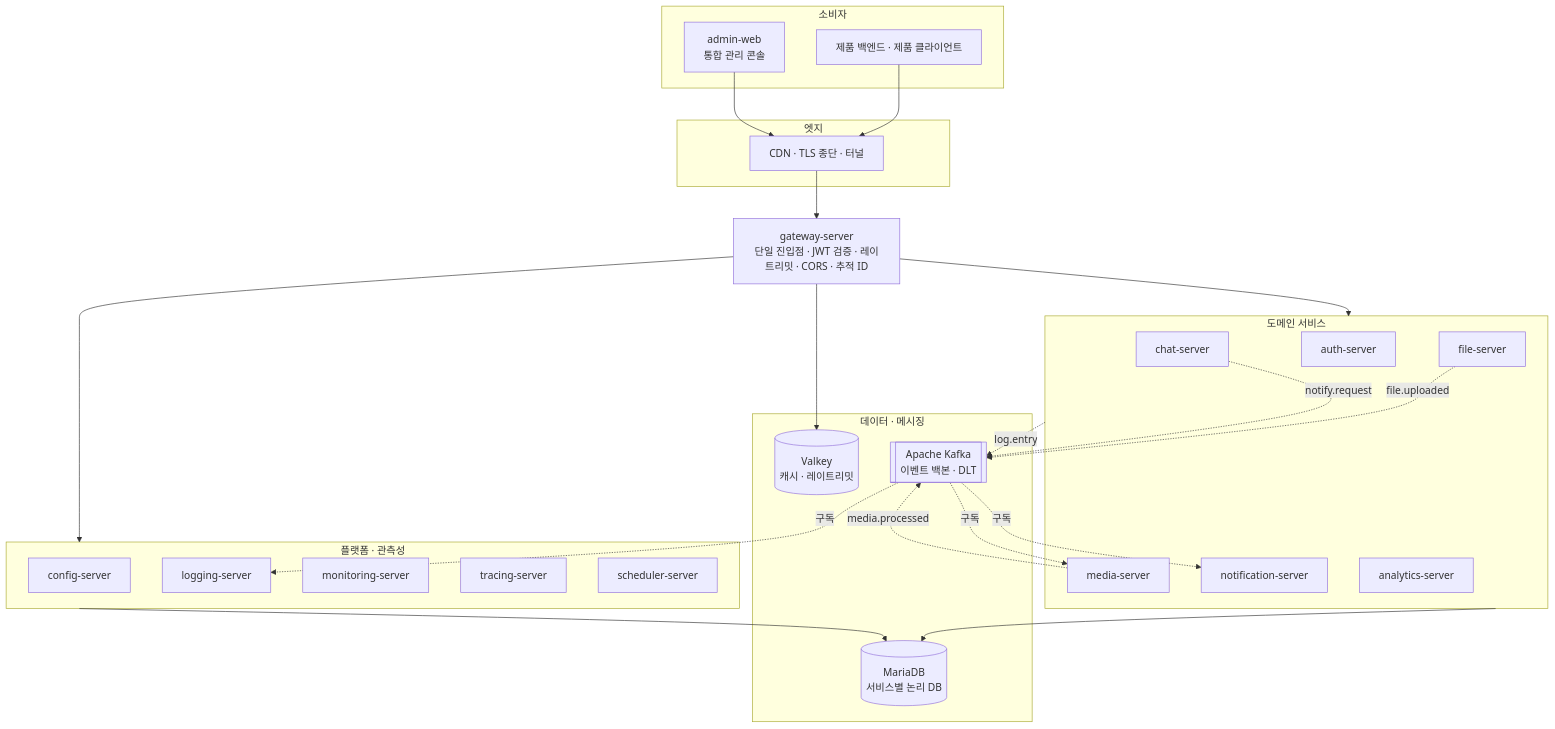
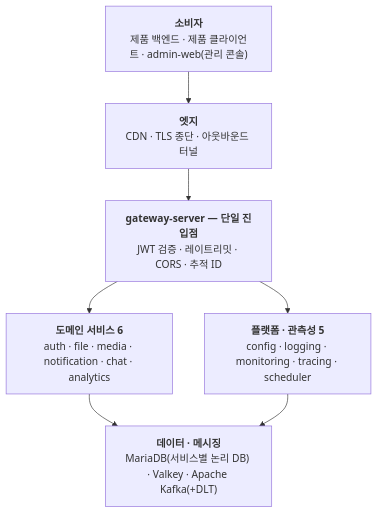
Before and after one commit to s-work-agency/ssw-infra-public: the diagram in README.md, drawn with Mermaid. The commit also changed other lines of this file, not shown here.

Commit message:
docs: 아키텍처 다이어그램을 세로 압축형으로 교체한다
노드 11개 개별 배치와 교차 이벤트 간선이 GitHub 렌더에서 가로로 퍼져
가독성이 떨어지는 문제를 해소한다 — 구조는 그룹 단위 세로 스택으로 접고,
이벤트 흐름은 토픽 표로 분리한다.

````diff
--- a/README.md
+++ b/README.md
@@ -22,54 +22,15 @@
 ```mermaid
 flowchart TB
-    subgraph Client["소비자"]
-        PROD["제품 백엔드 · 제품 클라이언트"]
-        ADMIN["admin-web<br/>통합 관리 콘솔"]
-    end
+    CLIENT["<b>소비자</b><br/>제품 백엔드 · 제품 클라이언트 · admin-web(관리 콘솔)"]
+    EDGE["<b>엣지</b><br/>CDN · TLS 종단 · 아웃바운드 터널"]
+    GW["<b>gateway-server — 단일 진입점</b><br/>JWT 검증 · 레이트리밋 · CORS · 추적 ID"]
+    SVC["<b>도메인 서비스 6</b><br/>auth · file · media · notification · chat · analytics"]
+    PLAT["<b>플랫폼 · 관측성 5</b><br/>config · logging · monitoring · tracing · scheduler"]
+    DATA["<b>데이터 · 메시징</b><br/>MariaDB(서비스별 논리 DB) · Valkey · Apache Kafka(+DLT)"]
 
-    subgraph Edge["엣지"]
-        CDN["CDN · TLS 종단 · 터널"]
-    end
-
-    GW["gateway-server<br/>단일 진입점 · JWT 검증 · 레이트리밋 · CORS · 추적 ID"]
-
-    subgraph Services["도메인 서비스"]
-        AUTH["auth-server"]
-        FILE["file-server"]
-        MEDIA["media-server"]
-        NOTI["notification-server"]
-        CHAT["chat-server"]
-        ANLT["analytics-server"]
-    end
-
-    subgraph Platform["플랫폼 · 관측성"]
-        CONF["config-server"]
-        LOG["logging-server"]
-        MON["monitoring-server"]
-        TRC["tracing-server"]
-        SCHED["scheduler-server"]
-    end
-
-    subgraph Data["데이터 · 메시징"]
-        DB[("MariaDB<br/>서비스별 논리 DB")]
-        CACHE[("Valkey<br/>캐시 · 레이트리밋")]
-        BUS[["Apache Kafka<br/>이벤트 백본 · DLT"]]
-    end
-
-    PROD --> CDN
-    ADMIN --> CDN
-    CDN --> GW
-    GW --> Services
-    GW --> Platform
-
-    Services --> DB
-    Platform --> DB
-    GW --> CACHE
-
-    FILE -.->|"file.uploaded"| BUS
-    BUS -.->|"구독"| MEDIA
-    MEDIA -.->|"media.processed"| BUS
-    CHAT -.->|"notify.request"| BUS
-    BUS -.->|"구독"| NOTI
-    Services -.->|"log.entry"| BUS
-    BUS -.->|"구독"| LOG
+    CLIENT --> EDGE --> GW
+    GW --> SVC
+    GW --> PLAT
+    SVC --> DATA
+    PLAT --> DATA
 ```
````
